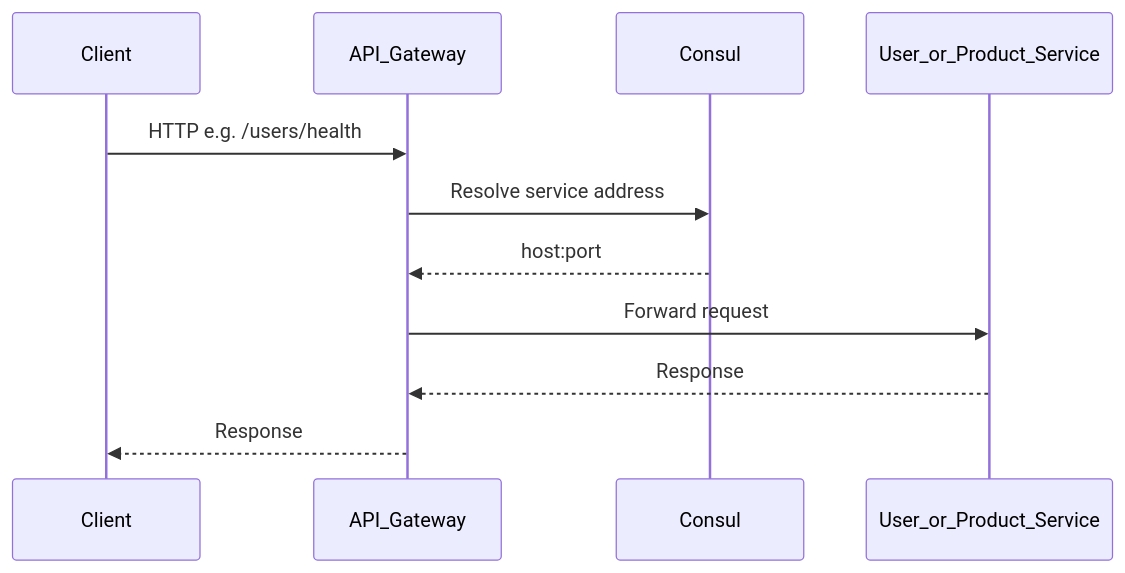
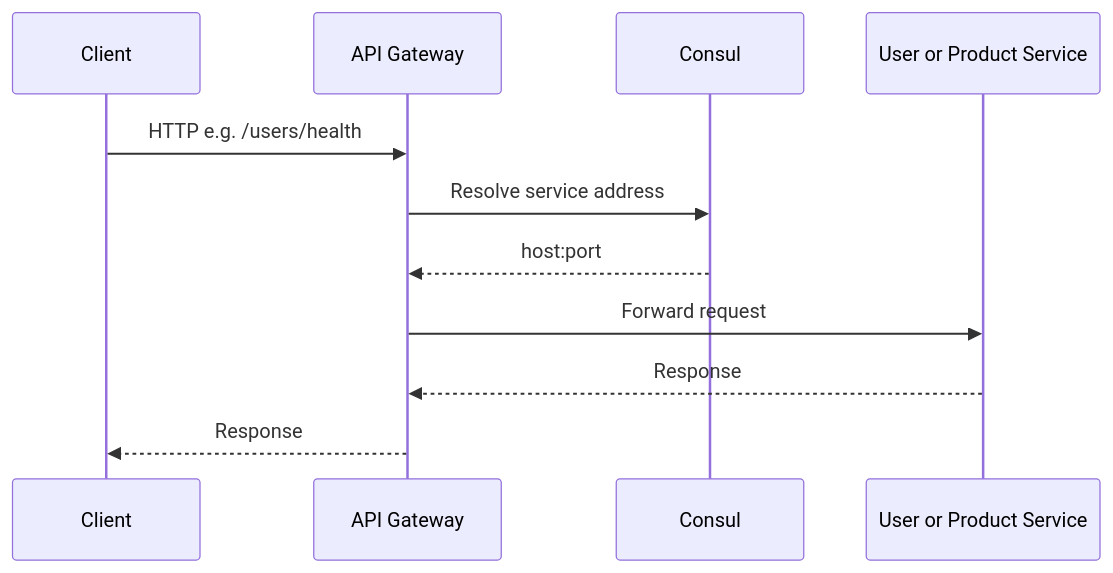
The second of 2 diagrams in README.md (f00hy/microservices), drawn with Mermaid before and after one commit. The commit also changed other lines of this file, not shown here.

Commit message:
docs: modify text style in mermaid diagrams

````diff
--- a/README.md
+++ b/README.md
@@ -55,14 +55,14 @@
 ```mermaid
 sequenceDiagram
   participant Client
-  participant Gateway as API_Gateway
+  participant Gateway as API Gateway
   participant Consul
-  participant Svc as User_or_Product_Service
+  participant Svc as User or Product Service
 
   Client->>Gateway: HTTP e.g. /users/health
   Gateway->>Consul: Resolve service address
   Consul-->>Gateway: host:port
   Gateway->>Svc: Forward request
   Svc-->>Gateway: Response
   Gateway-->>Client: Response
 ```
````
